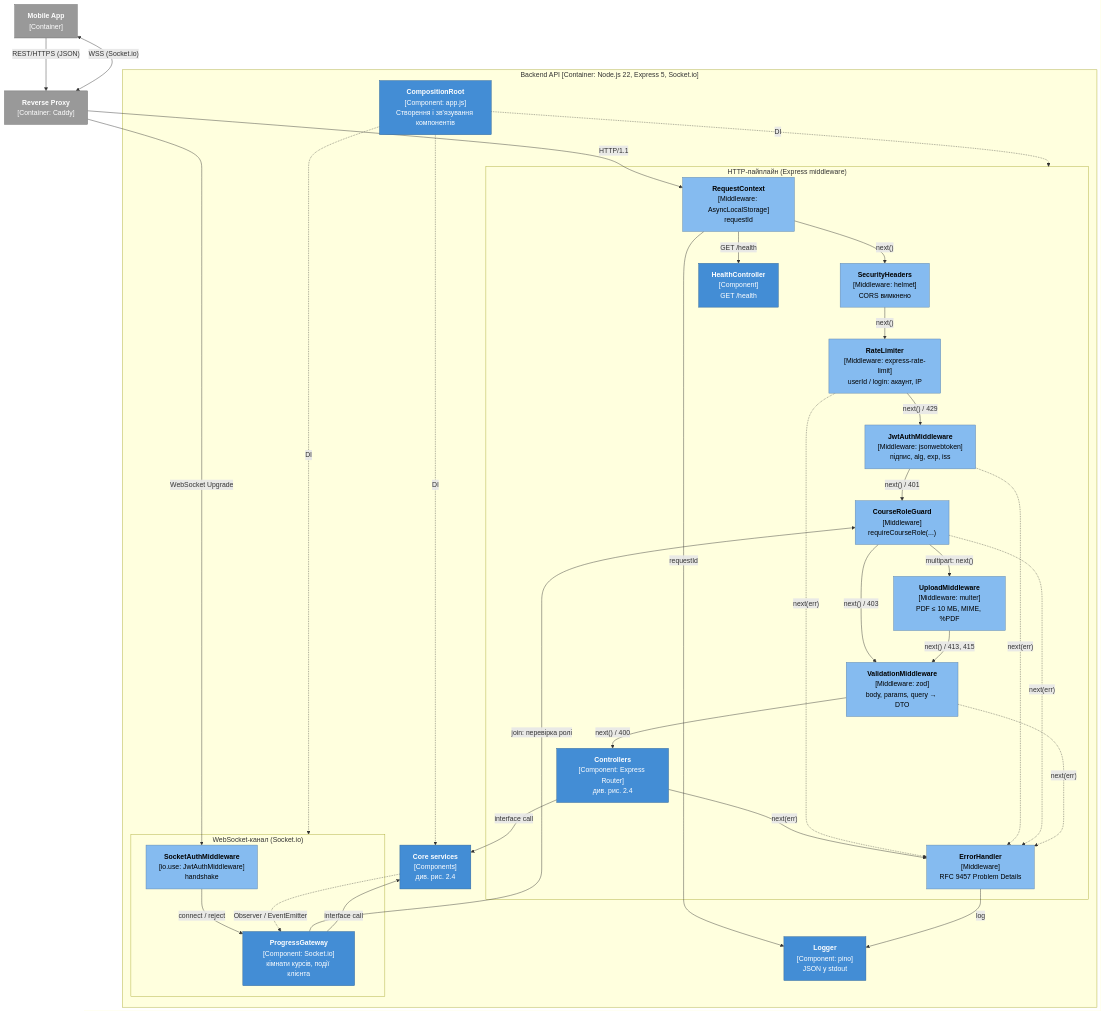
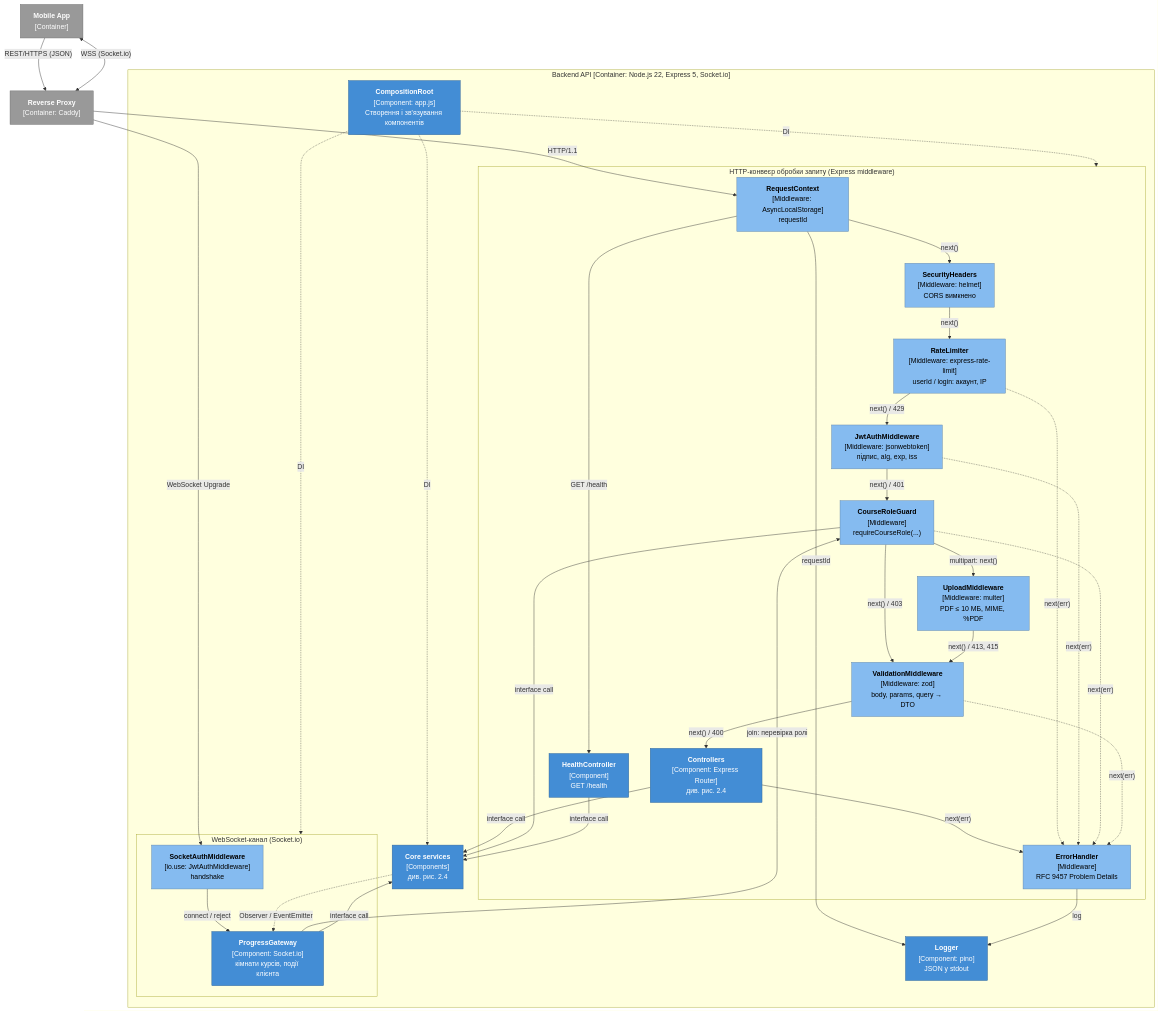
The third of 4 diagrams in docs/2_design.md (MarcoGr11/Recall), drawn with Mermaid before and after one commit. The commit also changed other lines of this file and 2 other files, not shown here.

Commit message:
docs: fix layering, ADR concurrency and terminology after architecture review

````diff
--- a/docs/2_design.md
+++ b/docs/2_design.md
@@ -171,63 +171,65 @@
 ```mermaid
 flowchart TB
     mobile["<b>Mobile App</b><br/>[Container]"]
     proxy["<b>Reverse Proxy</b><br/>[Container: Caddy]"]
 
     subgraph api["Backend API [Container: Node.js 22, Express 5, Socket.io]"]
         root["<b>CompositionRoot</b><br/>[Component: app.js]<br/>Створення і зв'язування компонентів"]
-        subgraph http["HTTP-пайплайн (Express middleware)"]
+        subgraph http["HTTP-конвеєр обробки запиту (Express middleware)"]
             ctx["<b>RequestContext</b><br/>[Middleware: AsyncLocalStorage]<br/>requestId"]
             sec["<b>SecurityHeaders</b><br/>[Middleware: helmet]<br/>CORS вимкнено"]
             rl["<b>RateLimiter</b><br/>[Middleware: express-rate-limit]<br/>userId / login: акаунт, IP"]
             jwt["<b>JwtAuthMiddleware</b><br/>[Middleware: jsonwebtoken]<br/>підпис, alg, exp, iss"]
             guard["<b>CourseRoleGuard</b><br/>[Middleware]<br/>requireCourseRole(...)"]
             upload["<b>UploadMiddleware</b><br/>[Middleware: multer]<br/>PDF ≤ 10 МБ, MIME, %PDF"]
             valid["<b>ValidationMiddleware</b><br/>[Middleware: zod]<br/>body, params, query → DTO"]
             ctrl["<b>Controllers</b><br/>[Component: Express Router]<br/>див. рис. 2.4"]
             err["<b>ErrorHandler</b><br/>[Middleware]<br/>RFC 9457 Problem Details"]
             health["<b>HealthController</b><br/>[Component]<br/>GET /health"]
         end
         subgraph ws["WebSocket-канал (Socket.io)"]
             wsAuth["<b>SocketAuthMiddleware</b><br/>[io.use: JwtAuthMiddleware]<br/>handshake"]
             gw["<b>ProgressGateway</b><br/>[Component: Socket.io]<br/>кімнати курсів, події клієнта"]
         end
         logger["<b>Logger</b><br/>[Component: pino]<br/>JSON у stdout"]
         core["<b>Core services</b><br/>[Components]<br/>див. рис. 2.4"]
     end
 
     mobile -- "REST/HTTPS (JSON)" --> proxy
     mobile <-- "WSS (Socket.io)" --> proxy
     proxy -- "HTTP/1.1" --> ctx
     proxy -- "WebSocket Upgrade" --> wsAuth
     ctx -- "next()" --> sec
     ctx -- "GET /health" --> health
     sec -- "next()" --> rl
     rl -- "next() / 429" --> jwt
     jwt -- "next() / 401" --> guard
     guard -- "multipart: next()" --> upload
     guard -- "next() / 403" --> valid
     upload -- "next() / 413, 415" --> valid
     valid -- "next() / 400" --> ctrl
     ctrl -- "interface call" --> core
     ctrl -- "next(err)" --> err
     rl -. "next(err)" .-> err
     jwt -. "next(err)" .-> err
     guard -. "next(err)" .-> err
     valid -. "next(err)" .-> err
     wsAuth -- "connect / reject" --> gw
     gw -- "join: перевірка ролі" --> guard
+    guard -- "interface call" --> core
+    health -- "interface call" --> core
     gw -- "interface call" --> core
     core -. "Observer / EventEmitter" .-> gw
     ctx -- "requestId" --> logger
     err -- "log" --> logger
     root -. "DI" .-> http
     root -. "DI" .-> ws
     root -. "DI" .-> core
 
     classDef ext fill:#999999,stroke:#6b6b6b,color:#fff
     classDef mw fill:#85bbf0,stroke:#5d82a8,color:#000
     classDef comp fill:#438dd5,stroke:#2e6295,color:#fff
     class mobile,proxy ext
     class ctx,sec,rl,jwt,guard,upload,valid,err,wsAuth mw
     class root,ctrl,health,gw,logger,core comp
 ```
````
